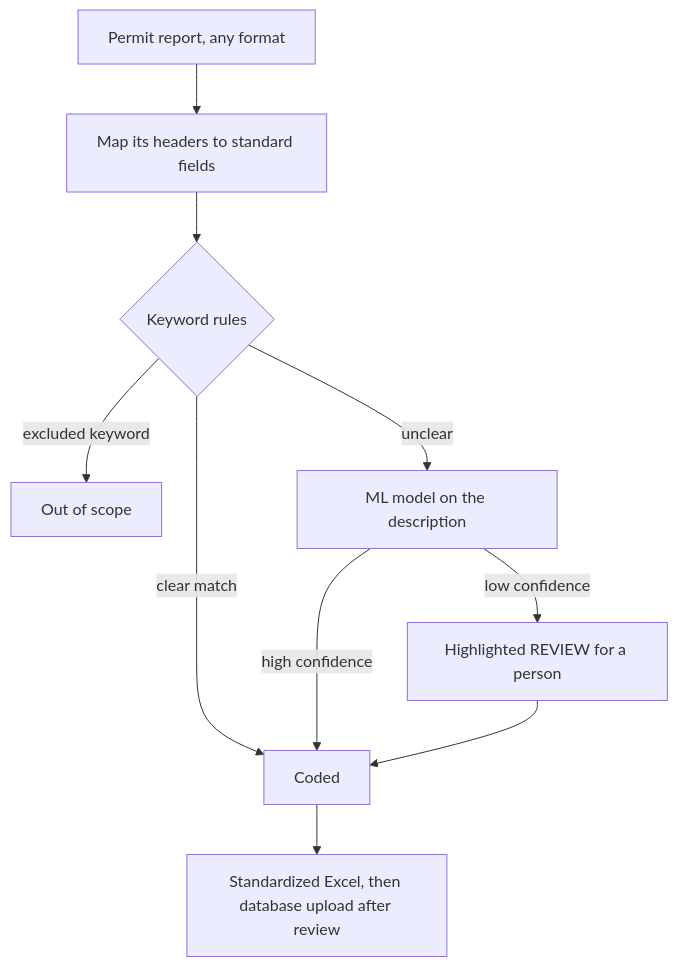
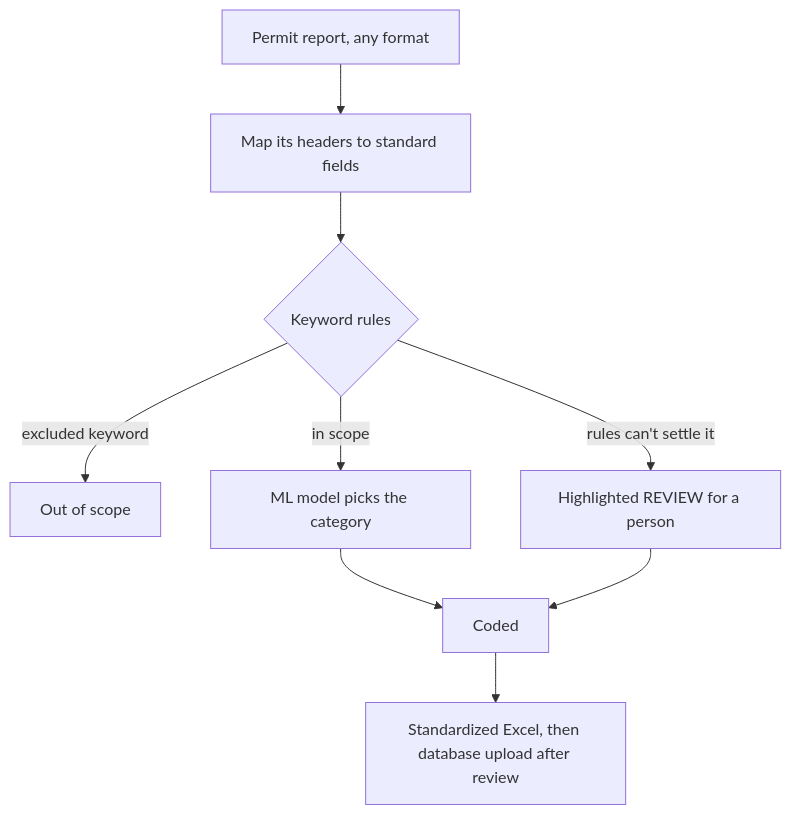
Before and after one commit to TxaisX/portfolio: the second of 2 diagrams in case-studies/02-permit-classifier.md, drawn with Mermaid. The commit also changed other lines of this file and 14 other files, not shown here.

````diff
--- a/case-studies/02-permit-classifier.md
+++ b/case-studies/02-permit-classifier.md
@@ -32,12 +35,11 @@
 ```mermaid
 flowchart TD
     A[Permit report, any format] --> B[Map its headers to standard fields]
     B --> C{Keyword rules}
     C -->|excluded keyword| X[Out of scope]
-    C -->|clear match| D[Coded]
-    C -->|unclear| M[ML model on the description]
-    M -->|high confidence| D
-    M -->|low confidence| R[Highlighted REVIEW for a person]
+    C -->|in scope| M[ML model picks the category]
+    C -->|rules can't settle it| R[Highlighted REVIEW for a person]
+    M --> D[Coded]
     R --> D
     D --> O[Standardized Excel, then database upload after review]
 ```
````
